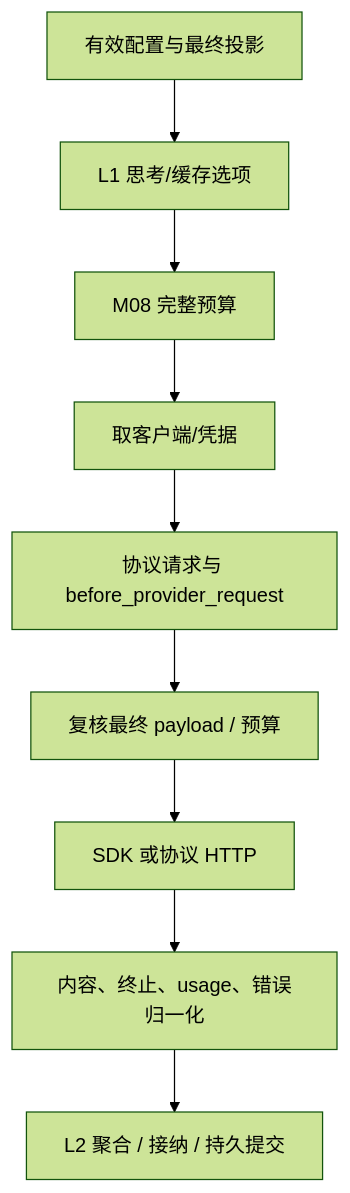
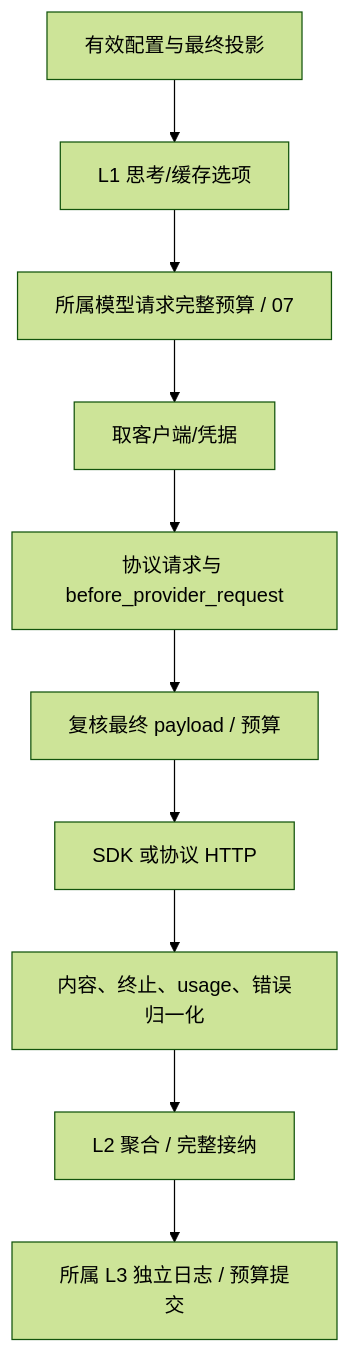
The first of 2 diagrams in docs/pi-eino-dev-plan/04-model-access.md (ww1489/seasprak), drawn with Mermaid (forest theme) before and after one commit. The commit also changed other lines of this file and 904 other files, not shown here.

````diff
--- a/docs/pi-eino-dev-plan/04-model-access.md
+++ b/docs/pi-eino-dev-plan/04-model-access.md
@@ -49,11 +49,12 @@
 ```mermaid
 flowchart TB
     C["有效配置与最终投影"] --> O["L1 思考/缓存选项"]
-    O --> B["M08 完整预算"]
+    O --> B["所属模型请求完整预算 / 07"]
     B --> R["取客户端/凭据"]
     R --> P["协议请求与 before_provider_request"]
     P --> V["复核最终 payload / 预算"]
     V --> H["SDK 或协议 HTTP"]
     H --> N["内容、终止、usage、错误归一化"]
-    N --> G["L2 聚合 / 接纳 / 持久提交"]
+    N --> G["L2 聚合 / 完整接纳"]
+    G --> S["所属 L3 独立日志 / 预算提交"]
 ```
````
